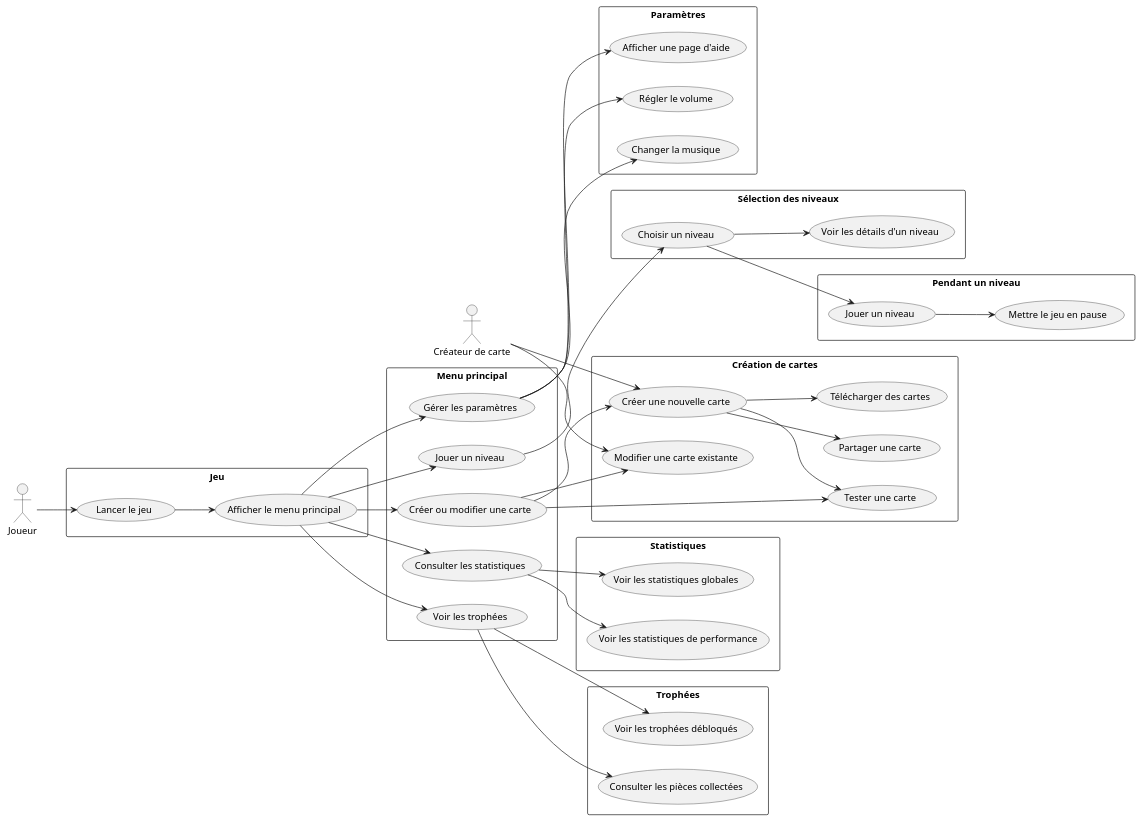
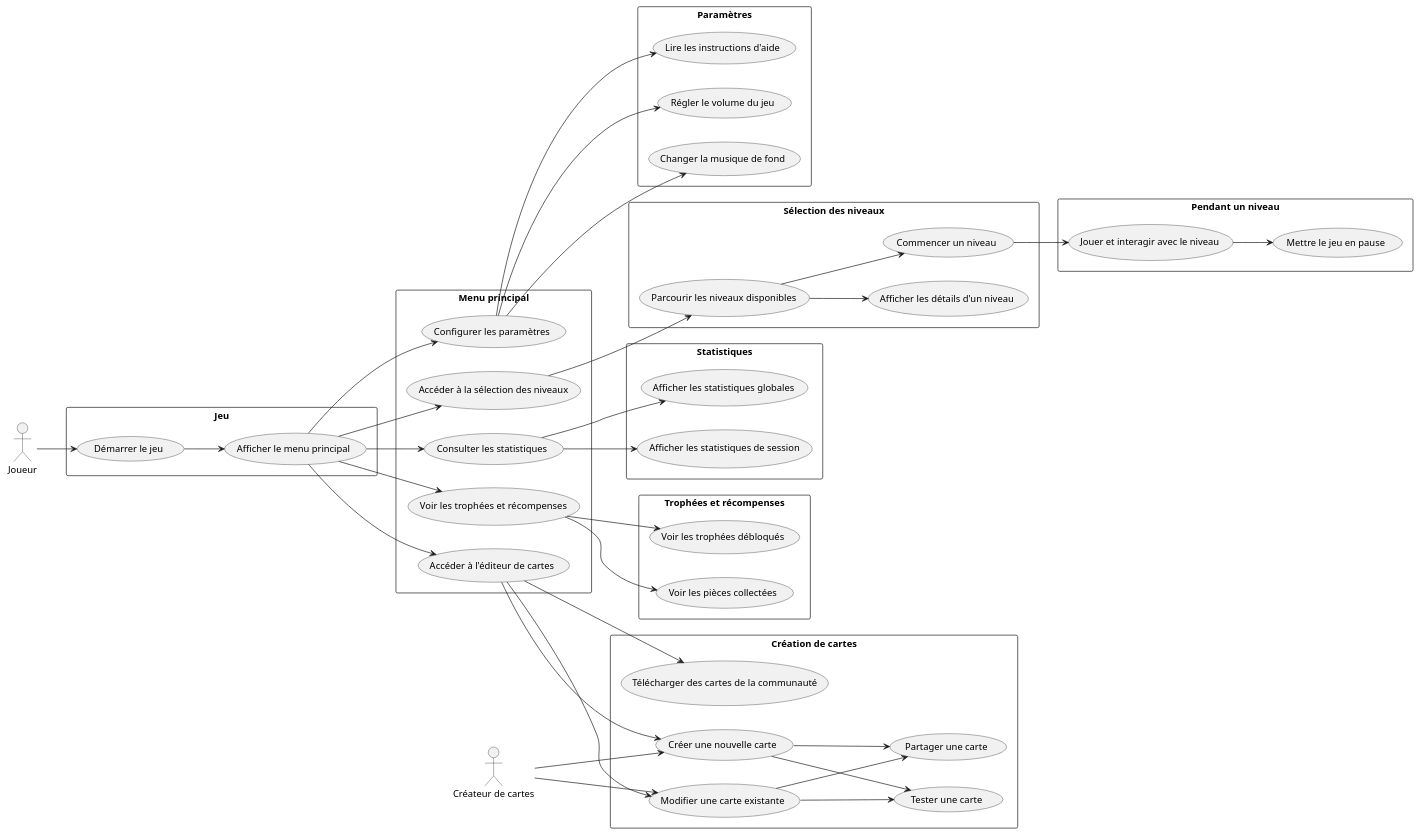
The diagram in uml/use-case-diagram.puml (boudji-ludwig-pett/cnam-geometry-dash), drawn with PlantUML before and after one commit.

Commit message:
docs: change alias + add startuml title

```diff
--- a/uml/use-case-diagram.puml
+++ b/uml/use-case-diagram.puml
@@ -1,81 +1,86 @@
-@startuml
+@startuml Geometry Dash - Diagramme de cas d'utilisation
+
 left to right direction
 
-actor Joueur as Player
-actor "Créateur de carte" as Creator
+actor Joueur as Joueur
+actor "Créateur de cartes" as Createur
 
 rectangle Jeu {
-    usecase "Lancer le jeu" as UC1
-    usecase "Afficher le menu principal" as UC2
+    usecase "Démarrer le jeu" as DemarrerJeu
+    usecase "Afficher le menu principal" as AfficherMenu
 }
 
 rectangle "Menu principal" {
-    usecase "Gérer les paramètres" as UC3
-    usecase "Jouer un niveau" as UC4
-    usecase "Créer ou modifier une carte" as UC5
-    usecase "Consulter les statistiques" as UC6
-    usecase "Voir les trophées" as UC7
+    usecase "Configurer les paramètres" as ConfigurerParametres
+    usecase "Accéder à la sélection des niveaux" as SelectionNiveau
+    usecase "Accéder à l'éditeur de cartes" as EditeurCartes
+    usecase "Consulter les statistiques" as ConsulterStats
+    usecase "Voir les trophées et récompenses" as VoirTrophees
 }
 
 rectangle "Sélection des niveaux" {
-    usecase "Choisir un niveau" as UC8
-    usecase "Voir les détails d'un niveau" as UC9
+    usecase "Parcourir les niveaux disponibles" as ParcourirNiveaux
+    usecase "Afficher les détails d'un niveau" as AfficherDetailsNiveau
+    usecase "Commencer un niveau" as CommencerNiveau
 }
 
 rectangle "Pendant un niveau" {
-    usecase "Jouer un niveau" as UC10
-    usecase "Mettre le jeu en pause" as UC11
+    usecase "Jouer et interagir avec le niveau" as JouerNiveau
+    usecase "Mettre le jeu en pause" as MettrePause
 }
 
 rectangle "Paramètres" {
-    usecase "Régler le volume" as UC12
-    usecase "Changer la musique" as UC13
-    usecase "Afficher une page d'aide" as UC14
+    usecase "Régler le volume du jeu" as ReglerVolume
+    usecase "Changer la musique de fond" as ChangerMusique
+    usecase "Lire les instructions d'aide" as LireAide
 }
 
 rectangle "Création de cartes" {
-    usecase "Créer une nouvelle carte" as UC15
-    usecase "Modifier une carte existante" as UC16
-    usecase "Tester une carte" as UC17
-    usecase "Partager une carte" as UC18
-    usecase "Télécharger des cartes" as UC19
+    usecase "Créer une nouvelle carte" as CreerNouvelleCarte
+    usecase "Modifier une carte existante" as ModifierCarte
+    usecase "Tester une carte" as TesterCarte
+    usecase "Partager une carte" as PartagerCarte
+    usecase "Télécharger des cartes de la communauté" as TelechargerCartes
 }
 
 rectangle "Statistiques" {
-    usecase "Voir les statistiques globales" as UC20
-    usecase "Voir les statistiques de performance" as UC21
+    usecase "Afficher les statistiques globales" as AfficherStatsGlobales
+    usecase "Afficher les statistiques de session" as AfficherStatsSession
 }
 
-rectangle "Trophées" {
-    usecase "Voir les trophées débloqués" as UC22
-    usecase "Consulter les pièces collectées" as UC23
+rectangle "Trophées et récompenses" {
+    usecase "Voir les trophées débloqués" as VoirTropheesDebloques
+    usecase "Voir les pièces collectées" as VoirPieces
 }
 
-Player --> UC1
-UC1 --> UC2
-UC2 --> UC3
-UC2 --> UC4
-UC2 --> UC5
-UC2 --> UC6
-UC2 --> UC7
-UC4 --> UC8
-UC8 --> UC9
-UC8 --> UC10
-UC10 --> UC11
-UC3 --> UC12
-UC3 --> UC13
-UC3 --> UC14
-UC5 --> UC15
-UC5 --> UC16
-UC5 --> UC17
-Creator --> UC15
-Creator --> UC16
-UC15 --> UC17
-UC15 --> UC18
-UC15 --> UC19
-UC6 --> UC20
-UC6 --> UC21
-UC7 --> UC22
-UC7 --> UC23
+Joueur --> DemarrerJeu
+DemarrerJeu --> AfficherMenu
+AfficherMenu --> ConfigurerParametres
+AfficherMenu --> SelectionNiveau
+AfficherMenu --> EditeurCartes
+AfficherMenu --> ConsulterStats
+AfficherMenu --> VoirTrophees
+SelectionNiveau --> ParcourirNiveaux
+ParcourirNiveaux --> AfficherDetailsNiveau
+ParcourirNiveaux --> CommencerNiveau
+CommencerNiveau --> JouerNiveau
+JouerNiveau --> MettrePause
+ConfigurerParametres --> ReglerVolume
+ConfigurerParametres --> ChangerMusique
+ConfigurerParametres --> LireAide
+EditeurCartes --> CreerNouvelleCarte
+EditeurCartes --> ModifierCarte
+CreerNouvelleCarte --> TesterCarte
+ModifierCarte --> TesterCarte
+CreerNouvelleCarte --> PartagerCarte
+ModifierCarte --> PartagerCarte
+EditeurCartes --> TelechargerCartes
+ConsulterStats --> AfficherStatsGlobales
+ConsulterStats --> AfficherStatsSession
+VoirTrophees --> VoirTropheesDebloques
+VoirTrophees --> VoirPieces
+
+Createur --> CreerNouvelleCarte
+Createur --> ModifierCarte
 
 @enduml
```
